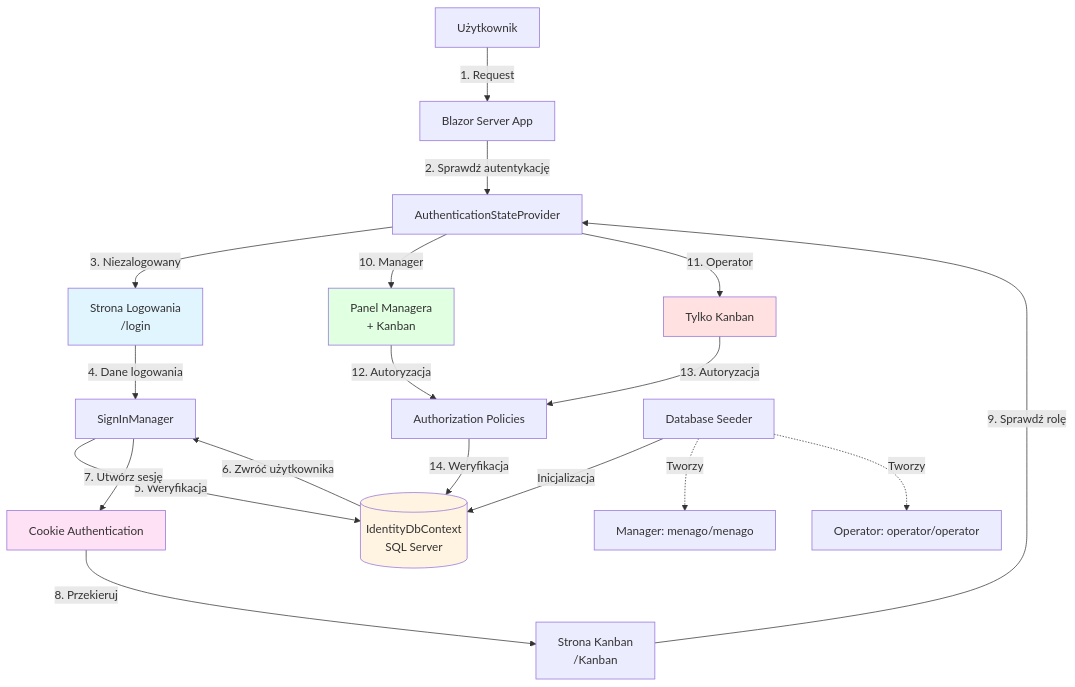
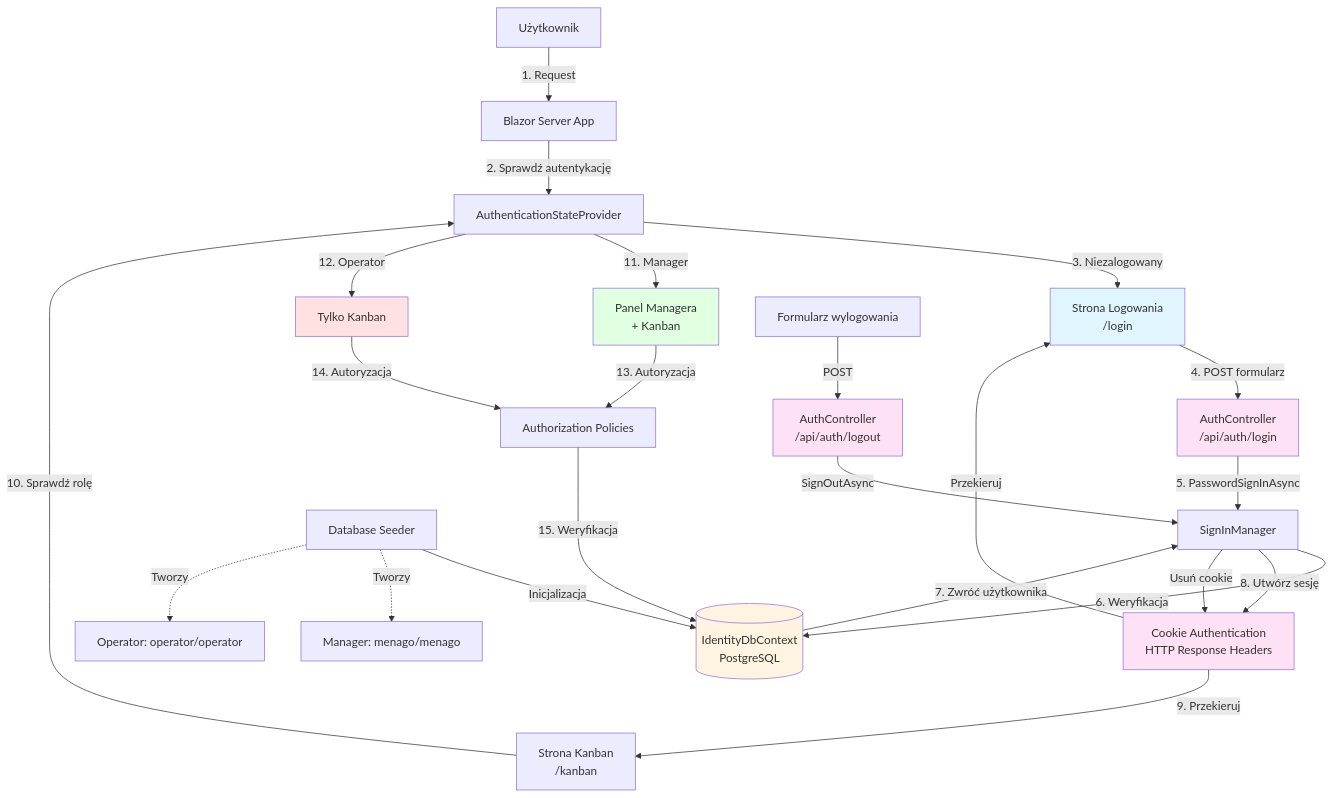
One commit to Parametox/ai changed the diagram in .ai/prd.md. Above: the diagram before and after it, drawn with Mermaid. The commit also changed other lines of this file and 17 other files, not shown here.

````diff
--- a/.ai/prd.md
+++ b/.ai/prd.md
@@ -304,29 +334,37 @@
 ```mermaid
 graph TB
     User[Użytkownik] -->|1. Request| App[Blazor Server App]
     App -->|2. Sprawdź autentykację| AuthState[AuthenticationStateProvider]
     AuthState -->|3. Niezalogowany| LoginPage[Strona Logowania<br/>/login]
-    LoginPage -->|4. Dane logowania| SignInMgr[SignInManager]
-    SignInMgr -->|5. Weryfikacja| IdentityDb[(IdentityDbContext<br/>SQL Server)]
-    IdentityDb -->|6. Zwróć użytkownika| SignInMgr
-    SignInMgr -->|7. Utwórz sesję| CookieAuth[Cookie Authentication]
-    CookieAuth -->|8. Przekieruj| KanbanPage[Strona Kanban<br/>/Kanban]
+    LoginPage -->|4. POST formularz| AuthController[AuthController<br/>/api/auth/login]
+    AuthController -->|5. PasswordSignInAsync| SignInMgr[SignInManager]
+    SignInMgr -->|6. Weryfikacja| IdentityDb[(IdentityDbContext<br/>PostgreSQL)]
+    IdentityDb -->|7. Zwróć użytkownika| SignInMgr
+    SignInMgr -->|8. Utwórz sesję| CookieAuth[Cookie Authentication<br/>HTTP Response Headers]
+    CookieAuth -->|9. Przekieruj| KanbanPage[Strona Kanban<br/>/kanban]
     
-    KanbanPage -->|9. Sprawdź rolę| AuthState
-    AuthState -->|10. Manager| ManagerUI[Panel Managera<br/>+ Kanban]
-    AuthState -->|11. Operator| OperatorUI[Tylko Kanban]
+    KanbanPage -->|10. Sprawdź rolę| AuthState
+    AuthState -->|11. Manager| ManagerUI[Panel Managera<br/>+ Kanban]
+    AuthState -->|12. Operator| OperatorUI[Tylko Kanban]
     
-    ManagerUI -->|12. Autoryzacja| AuthPolicy[Authorization Policies]
-    OperatorUI -->|13. Autoryzacja| AuthPolicy
-    AuthPolicy -->|14. Weryfikacja| IdentityDb
+    ManagerUI -->|13. Autoryzacja| AuthPolicy[Authorization Policies]
+    OperatorUI -->|14. Autoryzacja| AuthPolicy
+    AuthPolicy -->|15. Weryfikacja| IdentityDb
+    
+    LogoutForm[Formularz wylogowania] -->|POST| LogoutController[AuthController<br/>/api/auth/logout]
+    LogoutController -->|SignOutAsync| SignInMgr
+    SignInMgr -->|Usuń cookie| CookieAuth
+    CookieAuth -->|Przekieruj| LoginPage
     
     SeedScript[Database Seeder] -->|Inicjalizacja| IdentityDb
     SeedScript -.->|Tworzy| ManagerUser[Manager: menago/menago]
     SeedScript -.->|Tworzy| OperatorUser[Operator: operator/operator]
     
     style LoginPage fill:#e1f5ff
+    style AuthController fill:#ffe1f5
     style IdentityDb fill:#fff4e1
     style CookieAuth fill:#ffe1f5
     style ManagerUI fill:#e1ffe1
     style OperatorUI fill:#ffe1e1
+    style LogoutController fill:#ffe1f5
 ```
````
